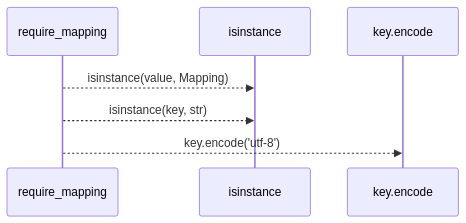
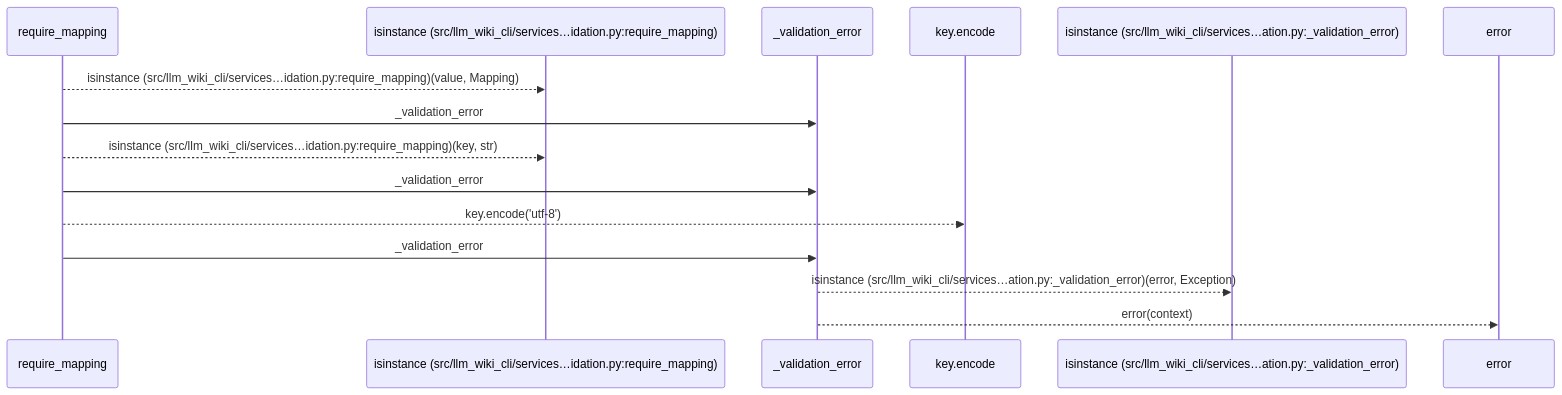
The first of 2 diagrams in docs/llm_wiki/flows/api-require_mapping.md (Denissvgn/python-wiki-llm), drawn with Mermaid before and after one commit. The commit also changed other lines of this file and 627 other files, not shown here.

````diff
--- a/docs/llm_wiki/flows/api-require_mapping.md
+++ b/docs/llm_wiki/flows/api-require_mapping.md
@@ -12,9 +12,17 @@
 ```mermaid
 sequenceDiagram
     participant p0 as require_mapping
-    participant p1 as isinstance
-    participant p2 as key.encode
-    p0-->>p1: isinstance(value, Mapping)
-    p0-->>p1: isinstance(key, str)
-    p0-->>p2: key.encode('utf-8')
+    participant p1 as isinstance (src/llm_wiki_cli/services…idation.py:require_mapping)
+    participant p2 as _validation_error
+    participant p3 as key.encode
+    participant p4 as isinstance (src/llm_wiki_cli/services…ation.py:_validation_error)
+    participant p5 as error
+    p0-->>p1: isinstance (src/llm_wiki_cli/services…idation.py:require_mapping)(value, Mapping)
+    p0->>p2: _validation_error
+    p0-->>p1: isinstance (src/llm_wiki_cli/services…idation.py:require_mapping)(key, str)
+    p0->>p2: _validation_error
+    p0-->>p3: key.encode('utf-8')
+    p0->>p2: _validation_error
+    p2-->>p4: isinstance (src/llm_wiki_cli/services…ation.py:_validation_error)(error, Exception)
+    p2-->>p5: error(context)
 ```
````
